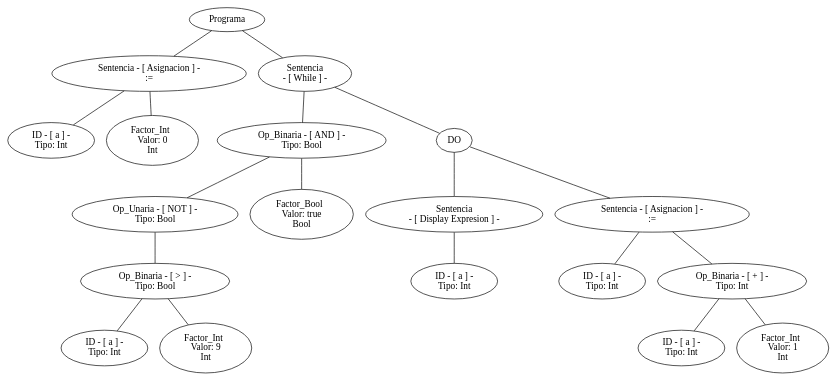
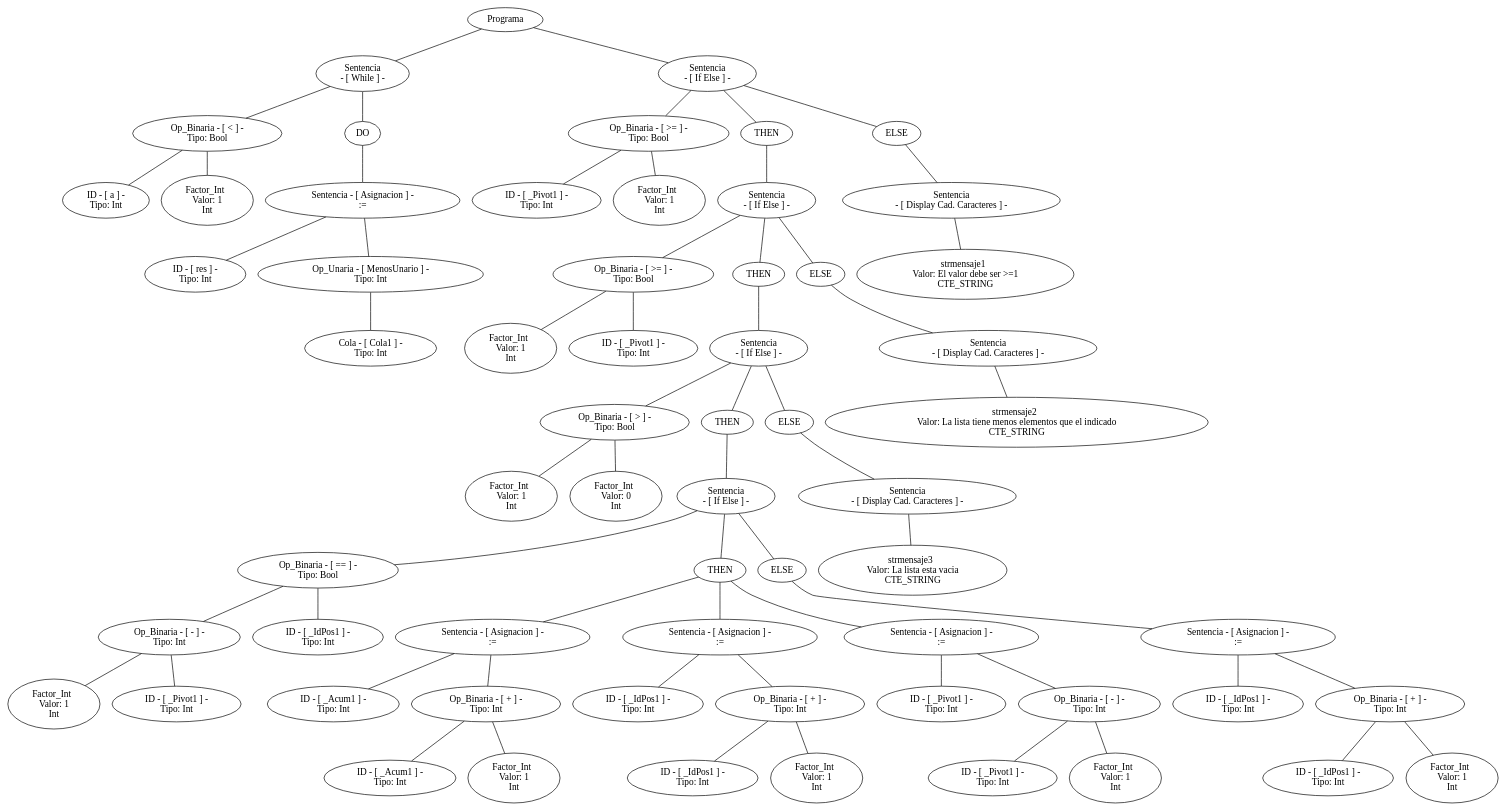
The diagram in arbol.dot (SantiPerez17/Compiladores), drawn with Graphviz before and after one commit. The commit also changed 8 other files, not shown here.

```diff
--- a/arbol.dot
+++ b/arbol.dot
@@ -1,59 +1,189 @@
 graph G {nodo_programa[label="Programa"]
-nodo_1560911714[label="Sentencia - [ Asignacion ] -
- :="]
-nodo_programa--nodo_1560911714
-nodo_96639997[label=" ID - [ a ] - 
- Tipo: Int"]
-nodo_1560911714--nodo_96639997
-nodo_443308702[label="Factor_Int  
- Valor: 0 
-Int"]
-nodo_1560911714--nodo_443308702
 nodo_1109371569[label="Sentencia
  - [ While ] -"]
 nodo_programa--nodo_1109371569
-nodo_610998173[label=" Op_Binaria - [ AND ] - 
+nodo_2108649164[label=" Op_Binaria - [ < ] - 
  Tipo: Bool"]
-nodo_1109371569--nodo_610998173
-nodo_6566818[label=" Op_Unaria - [ NOT ] - 
- Tipo: Bool"]
-nodo_610998173--nodo_6566818
-nodo_930990596[label=" Op_Binaria - [ > ] - 
- Tipo: Bool"]
-nodo_6566818--nodo_930990596
-nodo_939047783[label=" ID - [ a ] - 
+nodo_1109371569--nodo_2108649164
+nodo_1066516207[label=" ID - [ a ] - 
  Tipo: Int"]
-nodo_930990596--nodo_939047783
-nodo_1237514926[label="Factor_Int  
- Valor: 9 
+nodo_2108649164--nodo_1066516207
+nodo_396180261[label="Factor_Int  
+ Valor: 1 
 Int"]
-nodo_930990596--nodo_1237514926
-nodo_1650967483[label="Factor_Bool  
- Valor: true 
-Bool"]
-nodo_610998173--nodo_1650967483
+nodo_2108649164--nodo_396180261
 nodo_11093715691[label="DO"]
 nodo_1109371569--nodo_11093715691
-nodo_1104106489[label="Sentencia
- - [ Display Expresion ] -"]
-nodo_11093715691--nodo_1104106489
-nodo_2047329716[label=" ID - [ a ] - 
+nodo_670700378[label="Sentencia - [ Asignacion ] -
+ :="]
+nodo_11093715691--nodo_670700378
+nodo_128893786[label=" ID - [ res ] - 
  Tipo: Int"]
-nodo_1104106489--nodo_2047329716
-nodo_109961541[label="Sentencia - [ Asignacion ] -
- :="]
-nodo_11093715691--nodo_109961541
-nodo_1732398722[label=" ID - [ a ] - 
+nodo_670700378--nodo_128893786
+nodo_109961541[label=" Op_Unaria - [ MenosUnario ] - 
  Tipo: Int"]
-nodo_109961541--nodo_1732398722
-nodo_193064360[label=" Op_Binaria - [ + ] - 
+nodo_670700378--nodo_109961541
+nodo_7876047301[label=" Cola - [ Cola1 ] - 
  Tipo: Int"]
-nodo_109961541--nodo_193064360
-nodo_94438417[label=" ID - [ a ] - 
+nodo_109961541--nodo_7876047301
+nodo_1732398722[label="Sentencia
+ - [ If Else ] -"]
+nodo_programa--nodo_1732398722
+nodo_1108411398[label=" Op_Binaria - [ >= ] - 
+ Tipo: Bool"]
+nodo_1732398722--nodo_1108411398
+nodo_1394438858[label=" ID - [ _Pivot1 ] - 
  Tipo: Int"]
-nodo_193064360--nodo_94438417
-nodo_787604730[label="Factor_Int  
+nodo_1108411398--nodo_1394438858
+nodo_584634336[label="Factor_Int  
  Valor: 1 
 Int"]
-nodo_193064360--nodo_787604730
+nodo_1108411398--nodo_584634336
+nodo_17323987221[label="THEN"]
+nodo_1732398722--nodo_17323987221
+nodo_1469821799[label="Sentencia
+ - [ If Else ] -"]
+nodo_17323987221--nodo_1469821799
+nodo_501263526[label=" Op_Binaria - [ >= ] - 
+ Tipo: Bool"]
+nodo_1469821799--nodo_501263526
+nodo_626202354[label="Factor_Int  
+ Valor: 1 
+Int"]
+nodo_501263526--nodo_626202354
+nodo_1099983479[label=" ID - [ _Pivot1 ] - 
+ Tipo: Int"]
+nodo_501263526--nodo_1099983479
+nodo_14698217991[label="THEN"]
+nodo_1469821799--nodo_14698217991
+nodo_1268447657[label="Sentencia
+ - [ If Else ] -"]
+nodo_14698217991--nodo_1268447657
+nodo_1401420256[label=" Op_Binaria - [ > ] - 
+ Tipo: Bool"]
+nodo_1268447657--nodo_1401420256
+nodo_1851691492[label="Factor_Int  
+ Valor: 1 
+Int"]
+nodo_1401420256--nodo_1851691492
+nodo_752848266[label="Factor_Int  
+ Valor: 0 
+Int"]
+nodo_1401420256--nodo_752848266
+nodo_12684476571[label="THEN"]
+nodo_1268447657--nodo_12684476571
+nodo_815033865[label="Sentencia
+ - [ If Else ] -"]
+nodo_12684476571--nodo_815033865
+nodo_1555093762[label=" Op_Binaria - [ == ] - 
+ Tipo: Bool"]
+nodo_815033865--nodo_1555093762
+nodo_1190900417[label=" Op_Binaria - [ - ] - 
+ Tipo: Int"]
+nodo_1555093762--nodo_1190900417
+nodo_379110473[label="Factor_Int  
+ Valor: 1 
+Int"]
+nodo_1190900417--nodo_379110473
+nodo_99550389[label=" ID - [ _Pivot1 ] - 
+ Tipo: Int"]
+nodo_1190900417--nodo_99550389
+nodo_1598924227[label=" ID - [ _IdPos1 ] - 
+ Tipo: Int"]
+nodo_1555093762--nodo_1598924227
+nodo_8150338651[label="THEN"]
+nodo_815033865--nodo_8150338651
+nodo_1144748369[label="Sentencia - [ Asignacion ] -
+ :="]
+nodo_8150338651--nodo_1144748369
+nodo_340870931[label=" ID - [ _Acum1 ] - 
+ Tipo: Int"]
+nodo_1144748369--nodo_340870931
+nodo_1768305536[label=" Op_Binaria - [ + ] - 
+ Tipo: Int"]
+nodo_1144748369--nodo_1768305536
+nodo_1530388690[label=" ID - [ _Acum1 ] - 
+ Tipo: Int"]
+nodo_1768305536--nodo_1530388690
+nodo_777874839[label="Factor_Int  
+ Valor: 1 
+Int"]
+nodo_1768305536--nodo_777874839
+nodo_1146743572[label="Sentencia - [ Asignacion ] -
+ :="]
+nodo_8150338651--nodo_1146743572
+nodo_1512981843[label=" ID - [ _IdPos1 ] - 
+ Tipo: Int"]
+nodo_1146743572--nodo_1512981843
+nodo_42768293[label=" Op_Binaria - [ + ] - 
+ Tipo: Int"]
+nodo_1146743572--nodo_42768293
+nodo_1717159510[label=" ID - [ _IdPos1 ] - 
+ Tipo: Int"]
+nodo_42768293--nodo_1717159510
+nodo_1834188994[label="Factor_Int  
+ Valor: 1 
+Int"]
+nodo_42768293--nodo_1834188994
+nodo_1174361318[label="Sentencia - [ Asignacion ] -
+ :="]
+nodo_8150338651--nodo_1174361318
+nodo_589873731[label=" ID - [ _Pivot1 ] - 
+ Tipo: Int"]
+nodo_1174361318--nodo_589873731
+nodo_200006406[label=" Op_Binaria - [ - ] - 
+ Tipo: Int"]
+nodo_1174361318--nodo_200006406
+nodo_2052001577[label=" ID - [ _Pivot1 ] - 
+ Tipo: Int"]
+nodo_200006406--nodo_2052001577
+nodo_1160264930[label="Factor_Int  
+ Valor: 1 
+Int"]
+nodo_200006406--nodo_1160264930
+nodo_8150338652[label="ELSE"]
+nodo_815033865--nodo_8150338652
+nodo_544724190[label="Sentencia - [ Asignacion ] -
+ :="]
+nodo_8150338652--nodo_544724190
+nodo_1972439101[label=" ID - [ _IdPos1 ] - 
+ Tipo: Int"]
+nodo_544724190--nodo_1972439101
+nodo_2007328737[label=" Op_Binaria - [ + ] - 
+ Tipo: Int"]
+nodo_544724190--nodo_2007328737
+nodo_1936628443[label=" ID - [ _IdPos1 ] - 
+ Tipo: Int"]
+nodo_2007328737--nodo_1936628443
+nodo_1830908236[label="Factor_Int  
+ Valor: 1 
+Int"]
+nodo_2007328737--nodo_1830908236
+nodo_12684476572[label="ELSE"]
+nodo_1268447657--nodo_12684476572
+nodo_277630005[label="Sentencia
+ - [ Display Cad. Caracteres ] -"]
+nodo_12684476572--nodo_277630005
+nodo_1288354730[label="strmensaje3  
+ Valor: La lista esta vacia 
+CTE_STRING"]
+nodo_277630005--nodo_1288354730
+nodo_14698217992[label="ELSE"]
+nodo_1469821799--nodo_14698217992
+nodo_1274370218[label="Sentencia
+ - [ Display Cad. Caracteres ] -"]
+nodo_14698217992--nodo_1274370218
+nodo_758705033[label="strmensaje2  
+ Valor: La lista tiene menos elementos que el indicado 
+CTE_STRING"]
+nodo_1274370218--nodo_758705033
+nodo_17323987222[label="ELSE"]
+nodo_1732398722--nodo_17323987222
+nodo_1604839423[label="Sentencia
+ - [ Display Cad. Caracteres ] -"]
+nodo_17323987222--nodo_1604839423
+nodo_1177096266[label="strmensaje1  
+ Valor: El valor debe ser >=1 
+CTE_STRING"]
+nodo_1604839423--nodo_1177096266
 }
```
